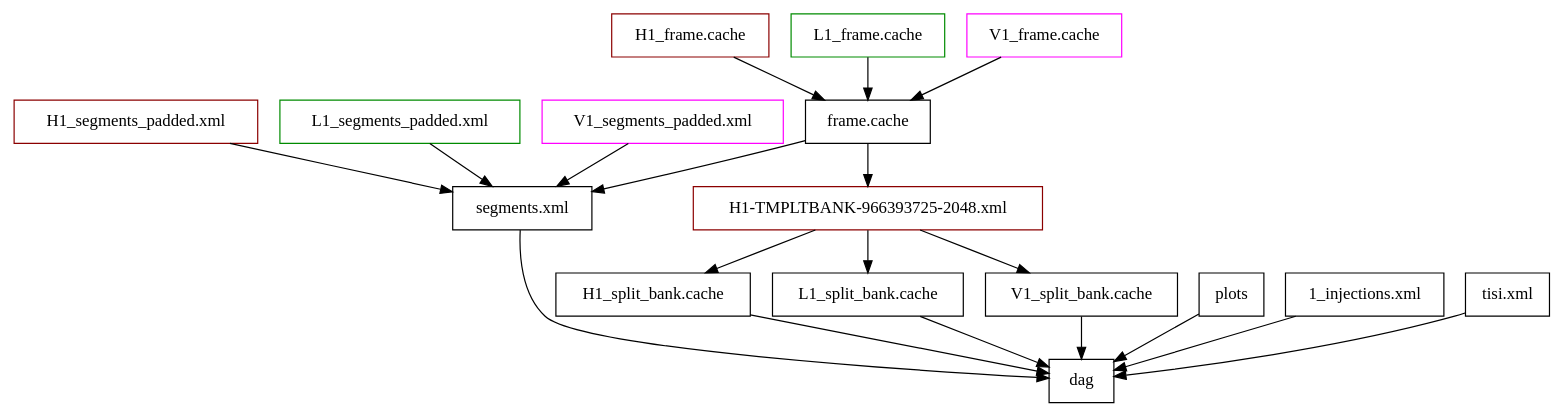
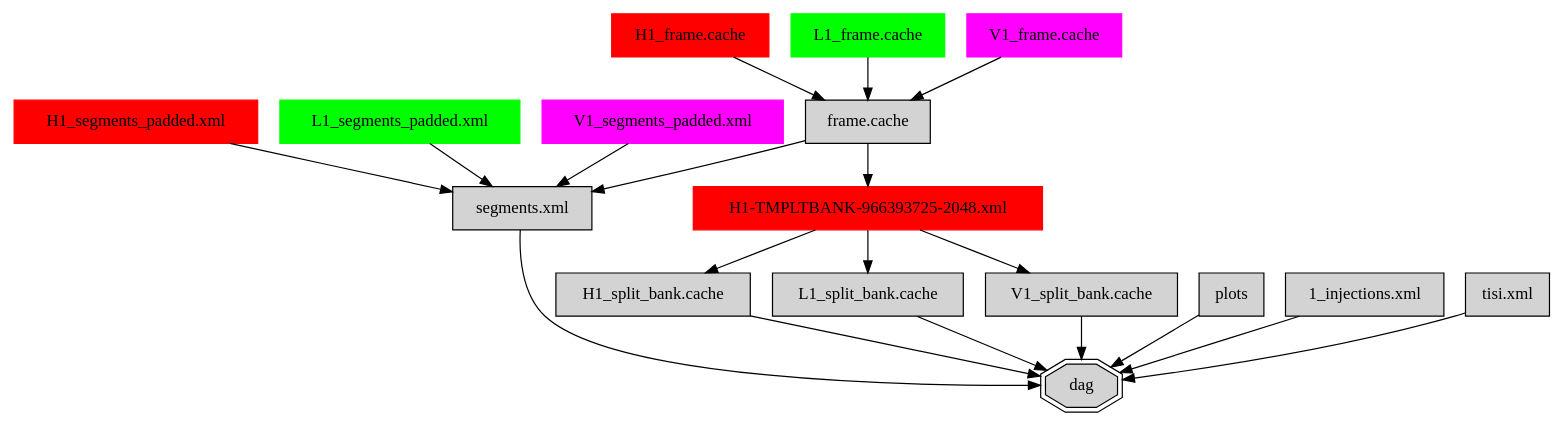
The diagram in gstlal-inspiral/doc/pages/images/Makefile_offline_triggers.dot (ElsevierSoftwareX/SOFTX_2020_238), drawn with Graphviz before and after one commit.

Commit message:
Makefile_offline_triggers.dot: Make graph style consistent with other documentation

```diff
--- a/gstlal-inspiral/doc/pages/images/Makefile_offline_triggers.dot
+++ b/gstlal-inspiral/doc/pages/images/Makefile_offline_triggers.dot
@@ -1,44 +1,44 @@
 digraph G {
-	node [shape=box];
-	"H1_frame.cache" [color=red4];
-	"L1_frame.cache" [color=green4];
-	"V1_frame.cache" [color=magenta];
+	node [shape=box, style=filled];
+	"H1_frame.cache" [color=red1];
+	"L1_frame.cache" [color=green1];
+	"V1_frame.cache" [color=magenta1];
 	"frame.cache";
 	
 	"H1_frame.cache" -> "frame.cache";
 	"L1_frame.cache" -> "frame.cache";
 	"V1_frame.cache" -> "frame.cache";
 
-	"H1_segments_padded.xml" [color=red4];
-	"L1_segments_padded.xml" [color=green4];
-	"V1_segments_padded.xml" [color=magenta];
+	"H1_segments_padded.xml" [color=red1];
+	"L1_segments_padded.xml" [color=green1];
+	"V1_segments_padded.xml" [color=magenta1];
 	"segments.xml";
 
 	"H1_segments_padded.xml" -> "segments.xml";
 	"L1_segments_padded.xml" -> "segments.xml";
 	"V1_segments_padded.xml" -> "segments.xml";
 
 	"frame.cache" -> "segments.xml";	
 
-	"H1-TMPLTBANK-966393725-2048.xml" [color=red4];
+	"H1-TMPLTBANK-966393725-2048.xml" [color=red1];
 
 	"frame.cache" -> "H1-TMPLTBANK-966393725-2048.xml";
 
 	"H1-TMPLTBANK-966393725-2048.xml" -> "H1_split_bank.cache";
 	"H1-TMPLTBANK-966393725-2048.xml" -> "L1_split_bank.cache";
 	"H1-TMPLTBANK-966393725-2048.xml" -> "V1_split_bank.cache";
 
 	plots;
 	"1_injections.xml";
 	"tisi.xml";
 
-	dag;
+	dag [shape=doubleoctagon];
 
 	"H1_split_bank.cache" -> dag;
 	"L1_split_bank.cache" -> dag;
 	"V1_split_bank.cache" -> dag;
 	plots -> dag;
 	"1_injections.xml" -> dag;
 	"tisi.xml" -> dag;
 	"segments.xml" -> dag;
 }
```
